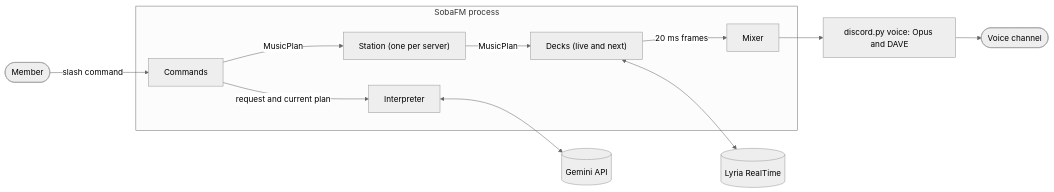
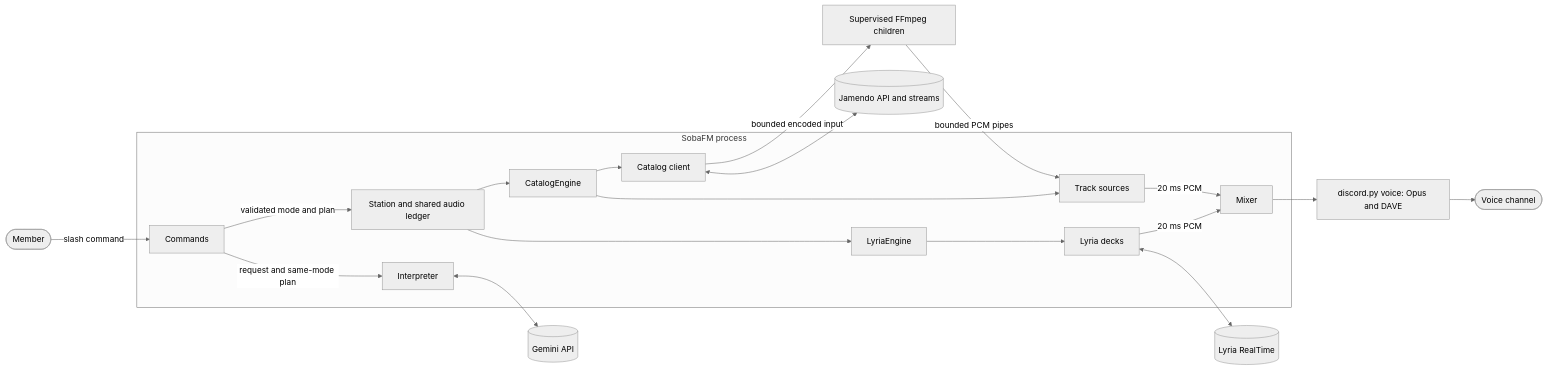
One commit to slackysoba/sobafm changed the diagram in docs/architecture.md. Above: the diagram before and after it, drawn with Mermaid (neutral theme). The commit also changed other lines of this file and 1 other file, not shown here.

First line of the commit message:
Reconcile requirements and architecture for two music modes

````diff
--- a/docs/architecture.md
+++ b/docs/architecture.md
@@ -42,14 +61,22 @@
 ```mermaid
 flowchart LR
     member([Member]) -- "slash command" --> commands[Commands]
     subgraph process [SobaFM process]
-        commands -- "request and current plan" --> interpreter[Interpreter]
-        commands -- "MusicPlan" --> station["Station (one per server)"]
-        station -- "MusicPlan" --> decks["Decks (live and next)"]
-        decks -- "20 ms frames" --> mixer[Mixer]
+        commands -- "request and same-mode plan" --> interpreter[Interpreter]
+        commands -- "validated mode and plan" --> station["Station and shared audio ledger"]
+        station --> lyriaEngine[LyriaEngine]
+        station --> catalogEngine[CatalogEngine]
+        lyriaEngine --> decks[Lyria decks]
+        catalogEngine --> client[Catalog client]
+        catalogEngine --> tracks[Track sources]
+        decks -- "20 ms PCM" --> mixer[Mixer]
+        tracks -- "20 ms PCM" --> mixer
     end
     interpreter <--> gemini[(Gemini API)]
     decks <--> lyria[(Lyria RealTime)]
+    client <--> jamendo[(Jamendo API and streams)]
+    client -- "bounded encoded input" --> decoder["Supervised FFmpeg children"]
+    decoder -- "bounded PCM pipes" --> tracks
     mixer --> voice["discord.py voice: Opus and DAVE"]
     voice --> channel([Voice channel])
 ```
````
